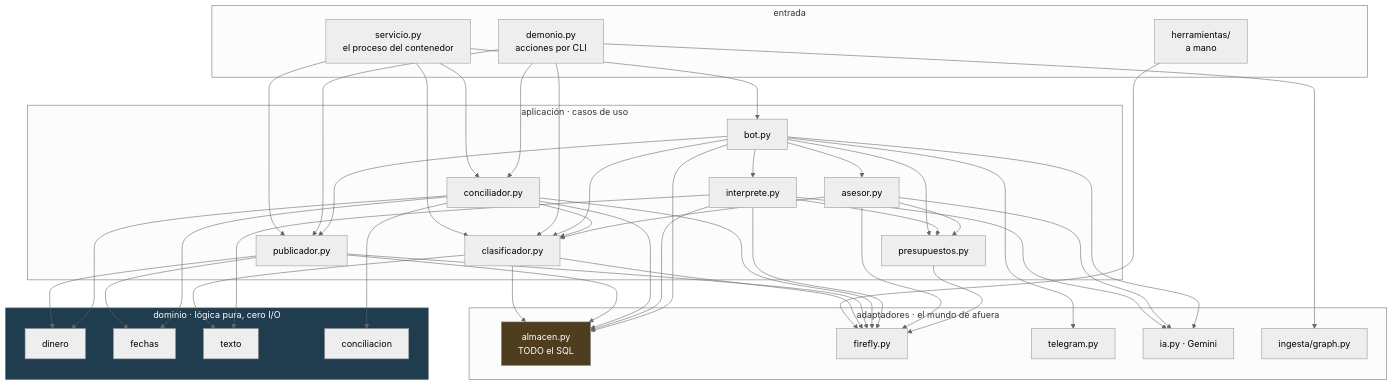
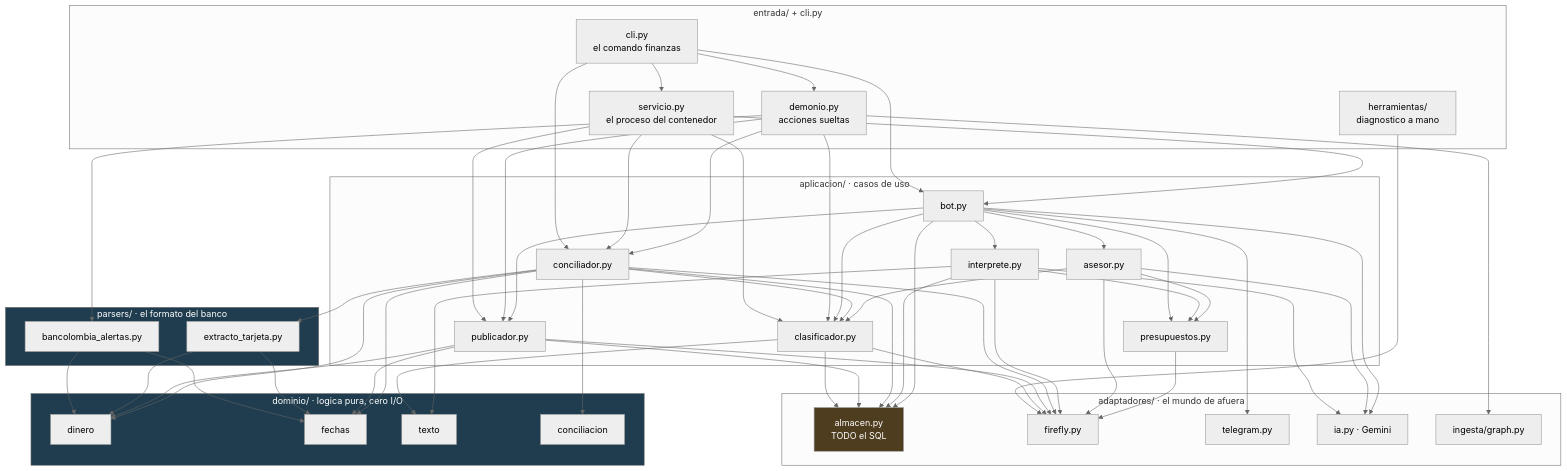
The second of 4 diagrams in docs/arquitectura.md (Mega61/finanzas-ingesta), drawn with Mermaid (neutral theme) before and after one commit. The commit also changed other lines of this file and 76 other files, not shown here.

````diff
--- a/docs/arquitectura.md
+++ b/docs/arquitectura.md
@@ -68,55 +76,68 @@
 ```mermaid
 flowchart TD
-    subgraph E["entrada"]
+    subgraph E["entrada/ + cli.py"]
+        CLI[cli.py<br/>el comando finanzas]
         SERV[servicio.py<br/>el proceso del contenedor]
-        DEM[demonio.py<br/>acciones por CLI]
-        HERR[herramientas/<br/>a mano]
+        DEM[demonio.py<br/>acciones sueltas]
+        HERR[herramientas/<br/>diagnostico a mano]
     end
 
-    subgraph A["aplicación · casos de uso"]
+    subgraph A["aplicacion/ · casos de uso"]
         BOT[bot.py]
         CLA[clasificador.py]
         PUBL[publicador.py]
         CONC[conciliador.py]
         INTE[interprete.py]
         ASES[asesor.py]
         PRES[presupuestos.py]
     end
 
-    subgraph AD["adaptadores · el mundo de afuera"]
+    subgraph AD["adaptadores/ · el mundo de afuera"]
         ALM[almacen.py<br/>TODO el SQL]
         FIRE[firefly.py]
         TELE[telegram.py]
         IA[ia.py · Gemini]
         GRAPH[ingesta/graph.py]
     end
 
-    subgraph D["dominio · lógica pura, cero I/O"]
+    subgraph P["parsers/ · el formato del banco"]
+        ALER[bancolombia_alertas.py]
+        EXTR[extracto_tarjeta.py]
+    end
+
+    subgraph D["dominio/ · logica pura, cero I/O"]
         DIN[dinero]
         FEC[fechas]
         TEX[texto]
         RECO[conciliacion]
     end
 
+    CLI --> SERV & DEM & BOT & CONC
     SERV --> BOT & CLA & PUBL & CONC
     DEM --> CLA & PUBL & CONC
     HERR --> FIRE
     DEM --> GRAPH
 
     BOT --> INTE & ASES & PRES & CLA & PUBL
     CLA --> ALM & FIRE
     PUBL --> ALM & FIRE
     CONC --> ALM & FIRE & CLA
     INTE --> IA & ALM & FIRE & PRES
     ASES --> IA & FIRE & PRES & CLA
     PRES --> FIRE
     BOT --> TELE & ALM & IA
 
+    DEM --> ALER
+    CONC --> EXTR
+    ALER --> DIN & FEC
+    EXTR --> DIN & FEC
+
     CLA --> TEX
     PUBL --> DIN & FEC
     CONC --> RECO & DIN & FEC
     INTE --> TEX
 
     style D fill:#1f3d4e,color:#fff
+    style P fill:#1f3d4e,color:#fff
     style ALM fill:#4e3d1f,color:#fff
 ```
````
